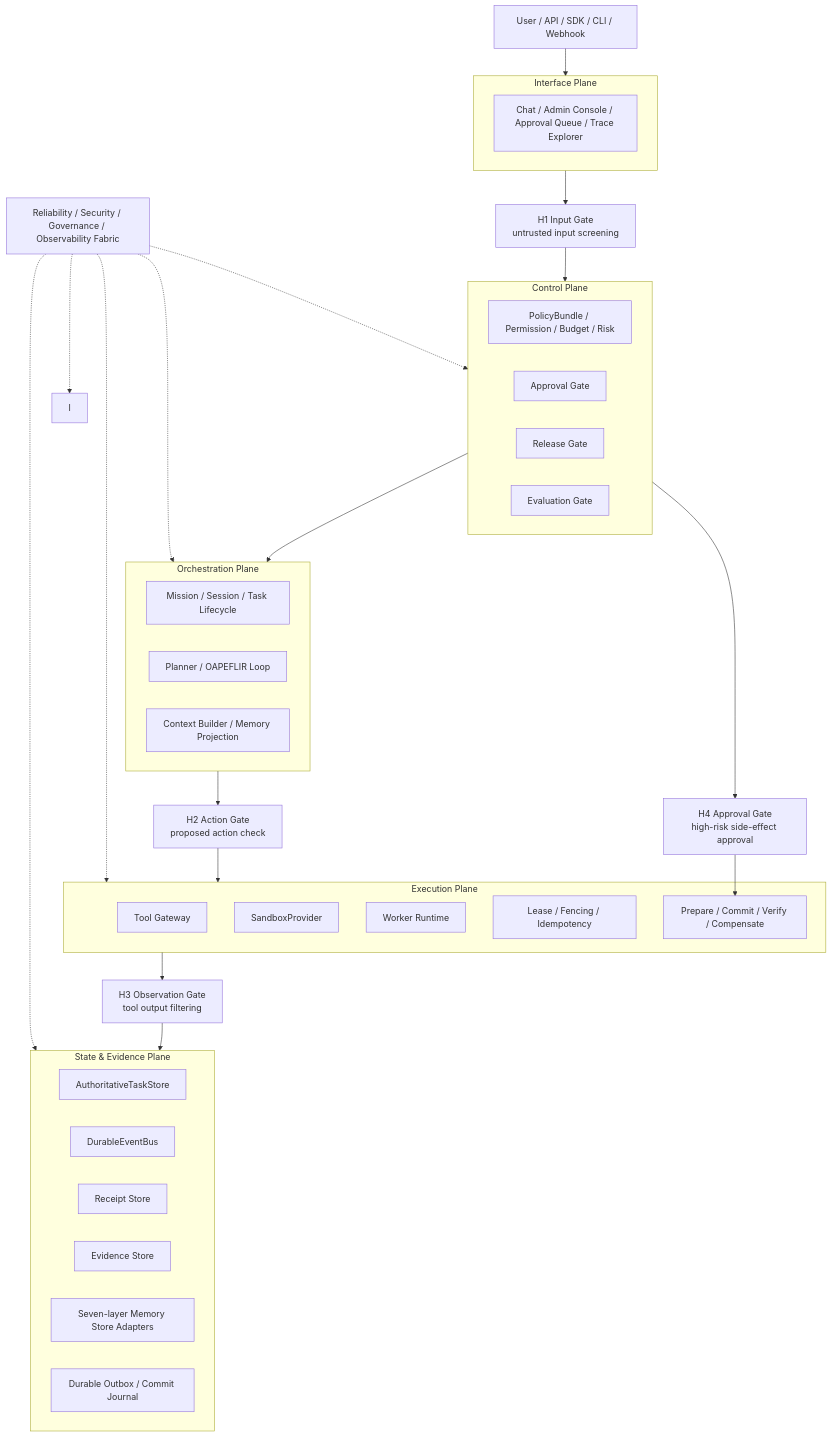
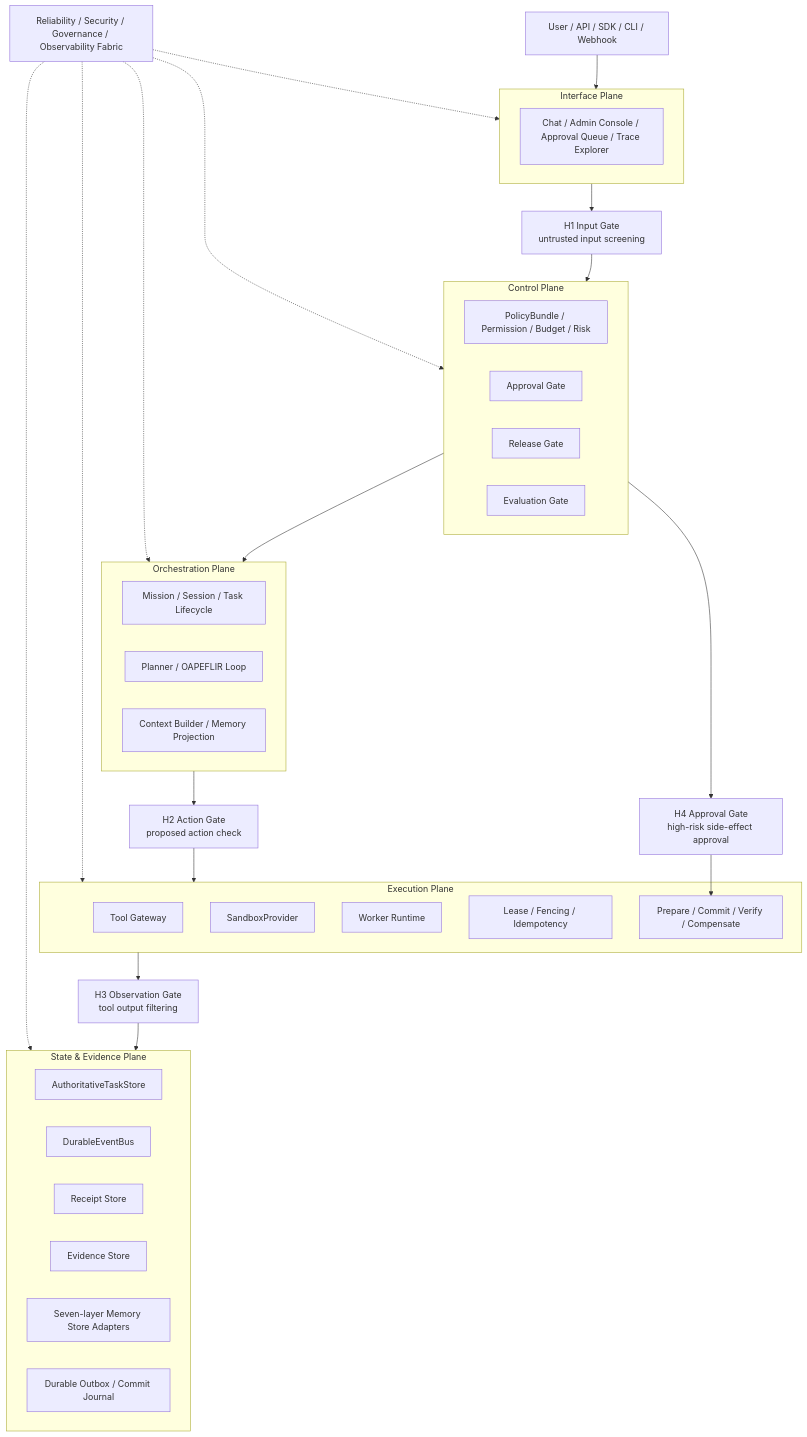
The first of 2 diagrams in docs_zh/reference/automatic_agent_system_harness_improvement_plan_v1_9_architecture_release.md (HoldenShen-hz/automatic-agent-platform), drawn with Mermaid before and after one commit. The commit also changed other lines of this file and 3 other files, not shown here.

````diff
--- a/docs_zh/reference/automatic_agent_system_harness_improvement_plan_v1_9_architecture_release.md
+++ b/docs_zh/reference/automatic_agent_system_harness_improvement_plan_v1_9_architecture_release.md
@@ -151,59 +151,59 @@
 ```mermaid
 flowchart TB
     U[User / API / SDK / CLI / Webhook] --> IP
 
     subgraph IP[Interface Plane]
       UI[Chat / Admin Console / Approval Queue / Trace Explorer]
     end
 
     IP --> H1[H1 Input Gate<br/>untrusted input screening]
     H1 --> C[Control Plane]
 
     subgraph C[Control Plane]
       POLICY[PolicyBundle / Permission / Budget / Risk]
       APPROVAL[Approval Gate]
       RELEASE[Release Gate]
       EVALG[Evaluation Gate]
     end
 
     C --> O[Orchestration Plane]
 
     subgraph O[Orchestration Plane]
       MISSION[Mission / Session / Task Lifecycle]
       PLAN[Planner / OAPEFLIR Loop]
       CTX[Context Builder / Memory Projection]
     end
 
     O --> H2[H2 Action Gate<br/>proposed action check]
     H2 --> E[Execution Plane]
 
     subgraph E[Execution Plane]
       TG[Tool Gateway]
       SB[SandboxProvider]
       WORKER[Worker Runtime]
       LEASE[Lease / Fencing / Idempotency]
       COMMIT[Prepare / Commit / Verify / Compensate]
     end
 
     E --> H3[H3 Observation Gate<br/>tool output filtering]
     H3 --> S[State & Evidence Plane]
 
     subgraph S[State & Evidence Plane]
       STORE[AuthoritativeTaskStore]
       BUS[DurableEventBus]
       RECEIPT[Receipt Store]
       EVID[Evidence Store]
       MEM[Seven-layer Memory Store Adapters]
       OUTBOX[Durable Outbox / Commit Journal]
     end
 
     C --> H4[H4 Approval Gate<br/>high-risk side-effect approval]
     H4 --> COMMIT
 
     FABRIC[Reliability / Security / Governance / Observability Fabric]
-    FABRIC -.-> I
+    FABRIC -.-> IP
     FABRIC -.-> C
     FABRIC -.-> O
     FABRIC -.-> E
     FABRIC -.-> S
 ```
````
